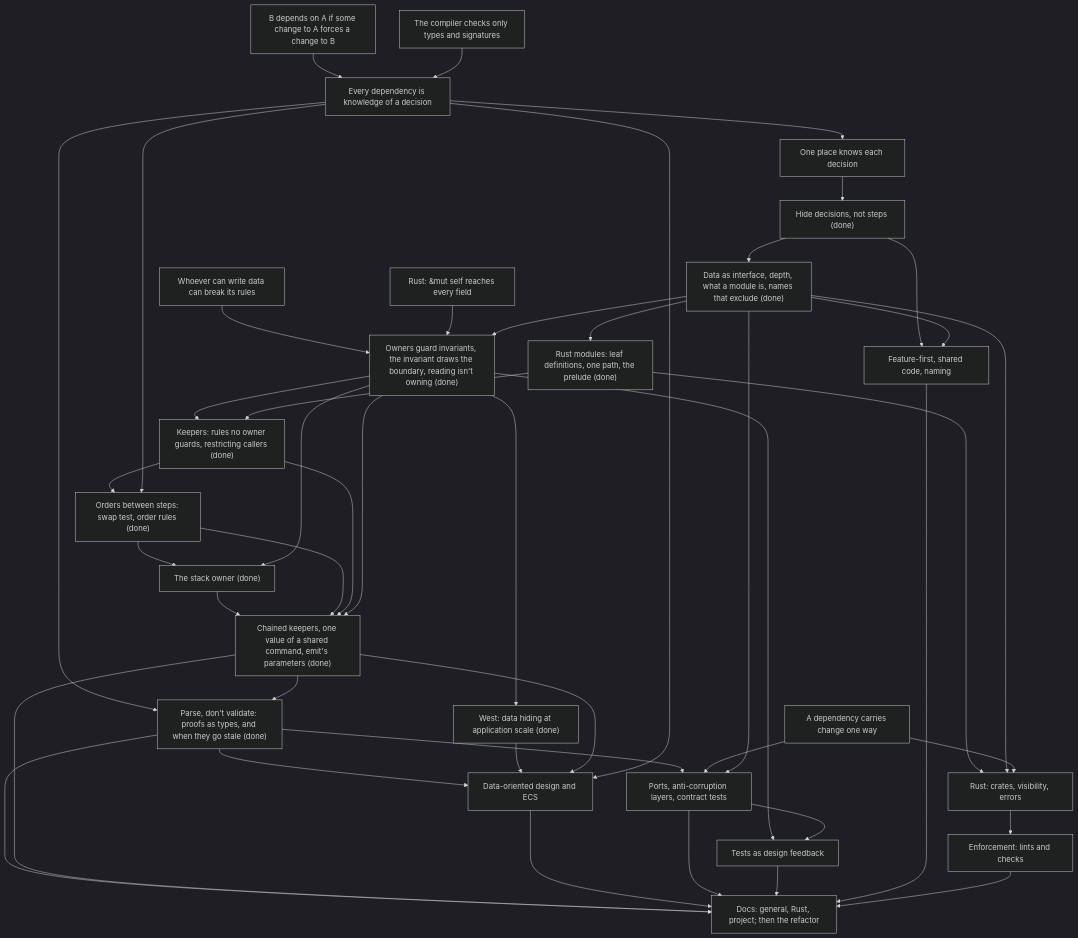
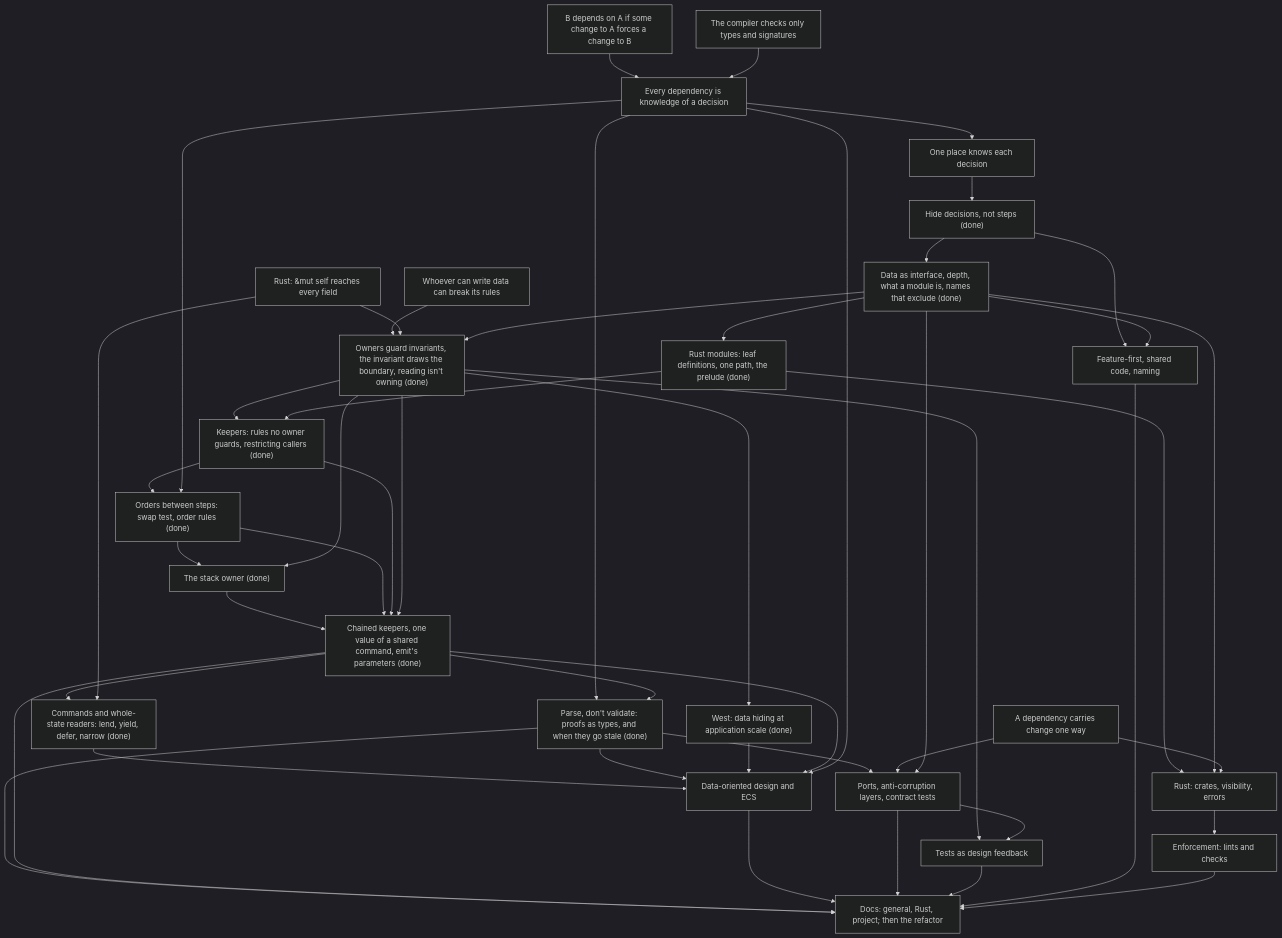
One commit to EMachad0/CardGameEngine changed the diagram in docs/course/architecture/COURSE.md. Above: the diagram before and after it, drawn with Mermaid (dark theme). The commit also changed other lines of this file and 12 other files, not shown here.

First line of the commit message:
Architecture session 02f and the doc gaps of the untangling PRs: file-structure.md, ticket 13, one issue (#52)

````diff
--- a/docs/course/architecture/COURSE.md
+++ b/docs/course/architecture/COURSE.md
@@ -618,73 +676,77 @@
 ```mermaid
 graph TD
   U1["B depends on A if some change to A forces a change to B"]
   U2["The compiler checks only types and signatures"]
   R1["Every dependency is knowledge of a decision"]
   OP["One place knows each decision"]
   R2["Whoever can write data can break its rules"]
   R3["A dependency carries change one way"]
   R4["Rust: &mut self reaches every field"]
 
   H["Hide decisions, not steps (done)"]
   D["Data as interface, depth, what a module is, names that exclude (done)"]
   O["Owners guard invariants, the invariant draws the boundary, reading isn't owning (done)"]
   W["West: data hiding at application scale (done)"]
   K["Keepers: rules no owner guards, restricting callers (done)"]
   ORD["Orders between steps: swap test, order rules (done)"]
   STK["The stack owner (done)"]
   C["Chained keepers, one value of a shared command, emit's parameters (done)"]
   PDV["Parse, don't validate: proofs as types, and when they go stale (done)"]
+  CMD["Commands and whole-state readers: lend, yield, defer, narrow (done)"]
   DOD["Data-oriented design and ECS"]
   P["Ports, anti-corruption layers, contract tests"]
   T["Tests as design feedback"]
   F["Feature-first, shared code, naming"]
   RM["Rust modules: leaf definitions, one path, the prelude (done)"]
   RS["Rust: crates, visibility, errors"]
   E["Enforcement: lints and checks"]
   DOCS["Docs: general, Rust, project; then the refactor"]
 
   U1-->R1
   U2-->R1
   R1-->OP
   OP-->H
   H-->D
   R2-->O
   R4-->O
   D-->O
   O-->W
   O-->K
   RM-->K
   K-->ORD
   R1-->ORD
   ORD-->STK
   O-->STK
   STK-->C
   ORD-->C
   K-->C
   O-->C
   R1-->PDV
   C-->PDV
+  C-->CMD
+  R4-->CMD
+  CMD-->DOD
   PDV-->DOD
   PDV-->P
   PDV-->DOCS
   W-->DOD
   C-->DOD
   R1-->DOD
   R3-->P
   D-->P
   O-->T
   P-->T
   H-->F
   D-->F
   D-->RM
   RM-->RS
   D-->RS
   R3-->RS
   RS-->E
   C-->DOCS
   DOD-->DOCS
   P-->DOCS
   T-->DOCS
   F-->DOCS
   E-->DOCS
 ```
````
